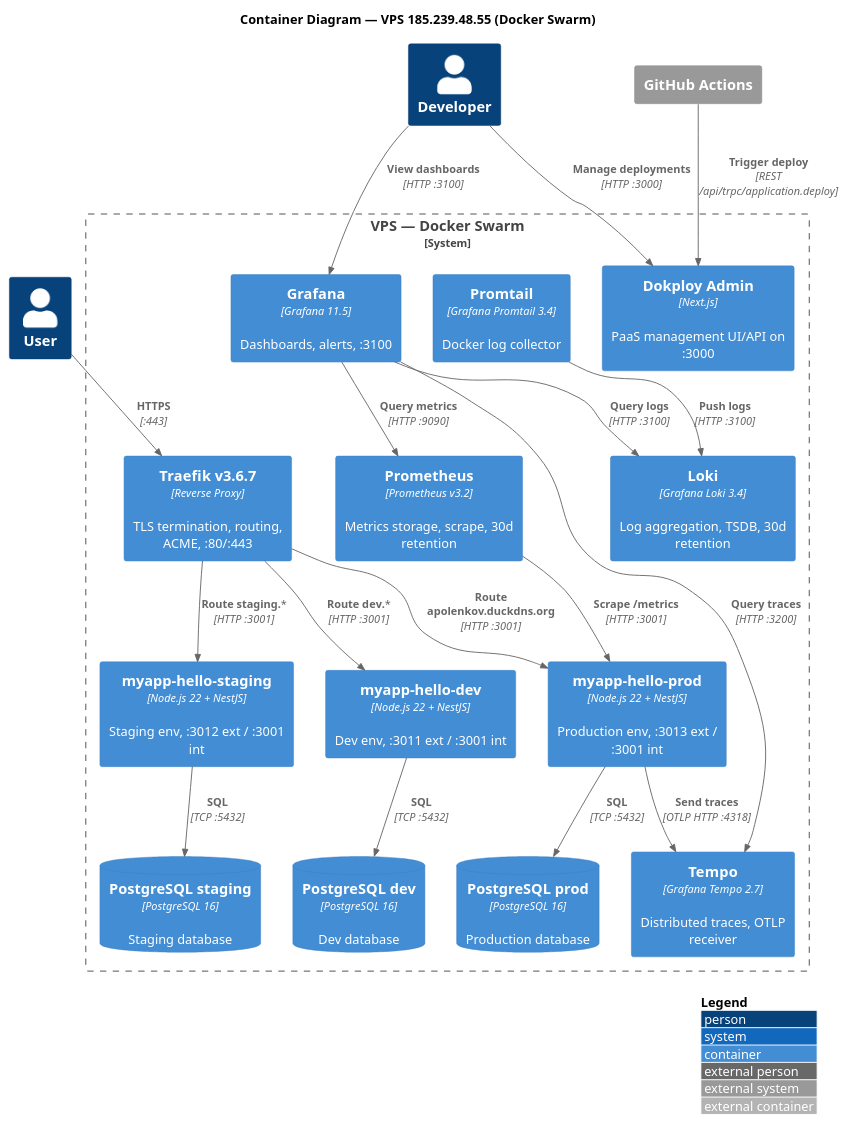
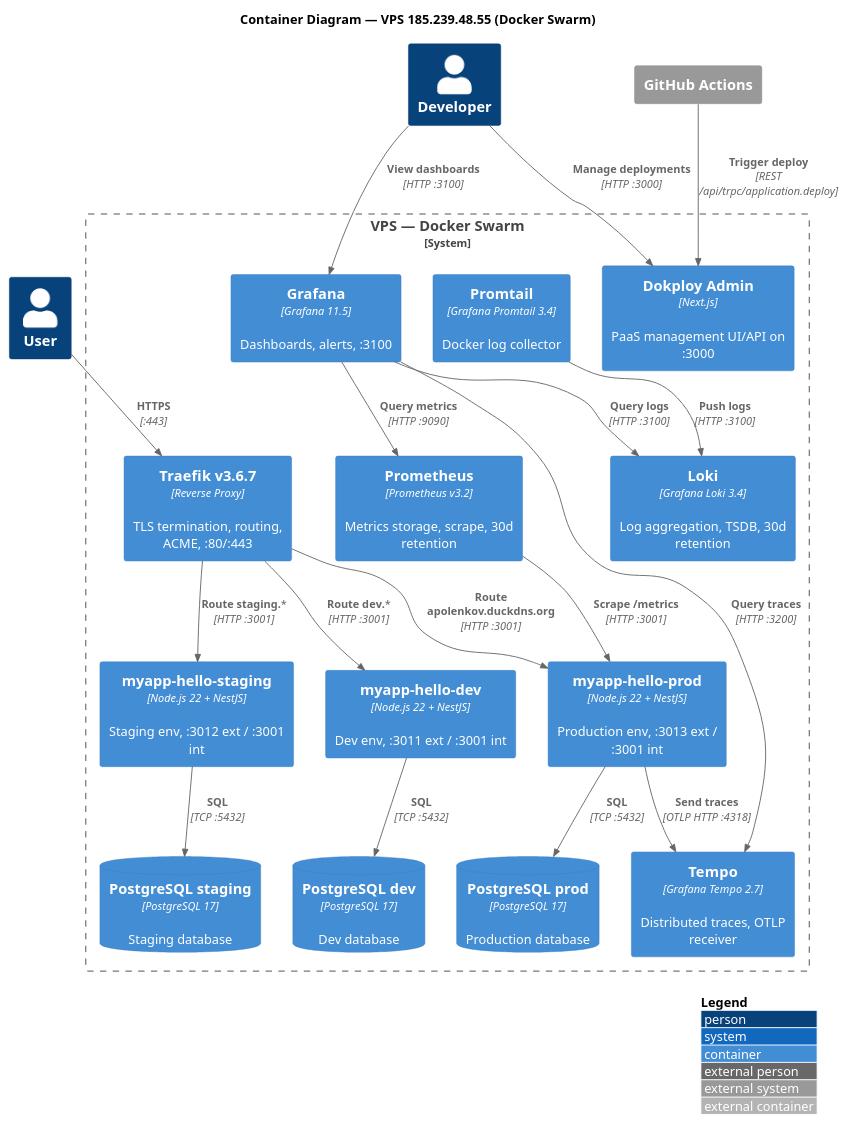
The second of 4 diagrams in docs/architecture.md (apolenkov/myapp-hello), drawn with PlantUML before and after one commit. The commit also changed other lines of this file and 13 other files, not shown here.

````diff
--- a/docs/architecture.md
+++ b/docs/architecture.md
@@ -40,41 +40,41 @@
 ```plantuml
 @startuml
 !include https://raw.githubusercontent.com/plantuml-stdlib/C4-PlantUML/master/C4_Container.puml
 title Container Diagram — VPS 185.239.48.55 (Docker Swarm)
 Person(user, "User")
 Person(dev, "Developer")
 System_Boundary(vps, "VPS — Docker Swarm") {
     Container(traefik, "Traefik v3.6.7", "Reverse Proxy", "TLS termination, routing, ACME, :80/:443")
     Container(dokploy_admin, "Dokploy Admin", "Next.js", "PaaS management UI/API on :3000")
     Container(app_prod, "myapp-hello-prod", "Node.js 22 + NestJS", "Production env, :3013 ext / :3001 int")
     Container(app_staging, "myapp-hello-staging", "Node.js 22 + NestJS", "Staging env, :3012 ext / :3001 int")
     Container(app_dev, "myapp-hello-dev", "Node.js 22 + NestJS", "Dev env, :3011 ext / :3001 int")
-    ContainerDb(pg_prod, "PostgreSQL prod", "PostgreSQL 16", "Production database")
-    ContainerDb(pg_staging, "PostgreSQL staging", "PostgreSQL 16", "Staging database")
-    ContainerDb(pg_dev, "PostgreSQL dev", "PostgreSQL 16", "Dev database")
+    ContainerDb(pg_prod, "PostgreSQL prod", "PostgreSQL 17", "Production database")
+    ContainerDb(pg_staging, "PostgreSQL staging", "PostgreSQL 17", "Staging database")
+    ContainerDb(pg_dev, "PostgreSQL dev", "PostgreSQL 17", "Dev database")
     Container(grafana, "Grafana", "Grafana 11.5", "Dashboards, alerts, :3100")
     Container(prometheus, "Prometheus", "Prometheus v3.2", "Metrics storage, scrape, 30d retention")
     Container(loki, "Loki", "Grafana Loki 3.4", "Log aggregation, TSDB, 30d retention")
     Container(tempo, "Tempo", "Grafana Tempo 2.7", "Distributed traces, OTLP receiver")
     Container(promtail, "Promtail", "Grafana Promtail 3.4", "Docker log collector")
 }
 System_Ext(github, "GitHub Actions")
 Rel(user, traefik, "HTTPS", ":443")
 Rel(dev, dokploy_admin, "Manage deployments", "HTTP :3000")
 Rel(dev, grafana, "View dashboards", "HTTP :3100")
 Rel(github, dokploy_admin, "Trigger deploy", "REST /api/trpc/application.deploy")
 Rel(traefik, app_prod, "Route apolenkov.duckdns.org", "HTTP :3001")
 Rel(traefik, app_staging, "Route staging.*", "HTTP :3001")
 Rel(traefik, app_dev, "Route dev.*", "HTTP :3001")
 Rel(app_prod, pg_prod, "SQL", "TCP :5432")
 Rel(app_staging, pg_staging, "SQL", "TCP :5432")
 Rel(app_dev, pg_dev, "SQL", "TCP :5432")
 Rel(prometheus, app_prod, "Scrape /metrics", "HTTP :3001")
 Rel(promtail, loki, "Push logs", "HTTP :3100")
 Rel(app_prod, tempo, "Send traces", "OTLP HTTP :4318")
 Rel(grafana, prometheus, "Query metrics", "HTTP :9090")
 Rel(grafana, loki, "Query logs", "HTTP :3100")
 Rel(grafana, tempo, "Query traces", "HTTP :3200")
 LAYOUT_WITH_LEGEND()
 @enduml
 ```
````
